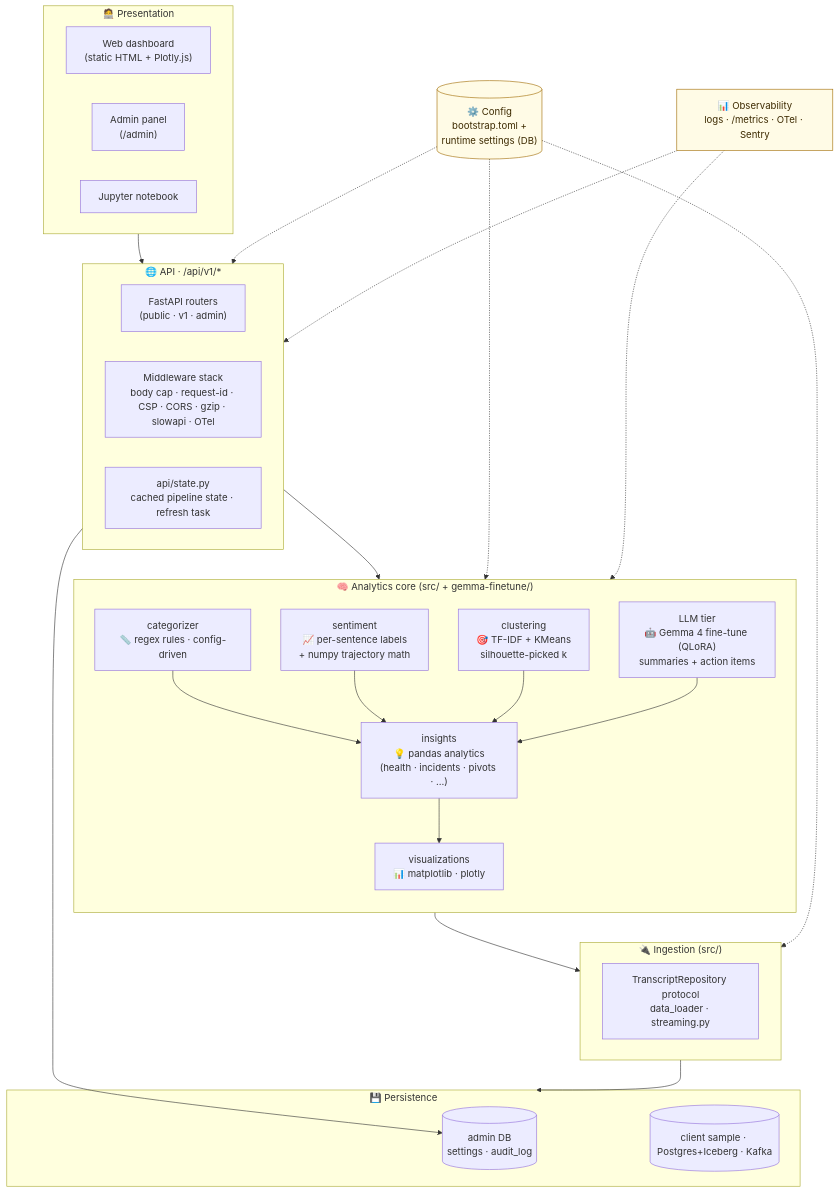
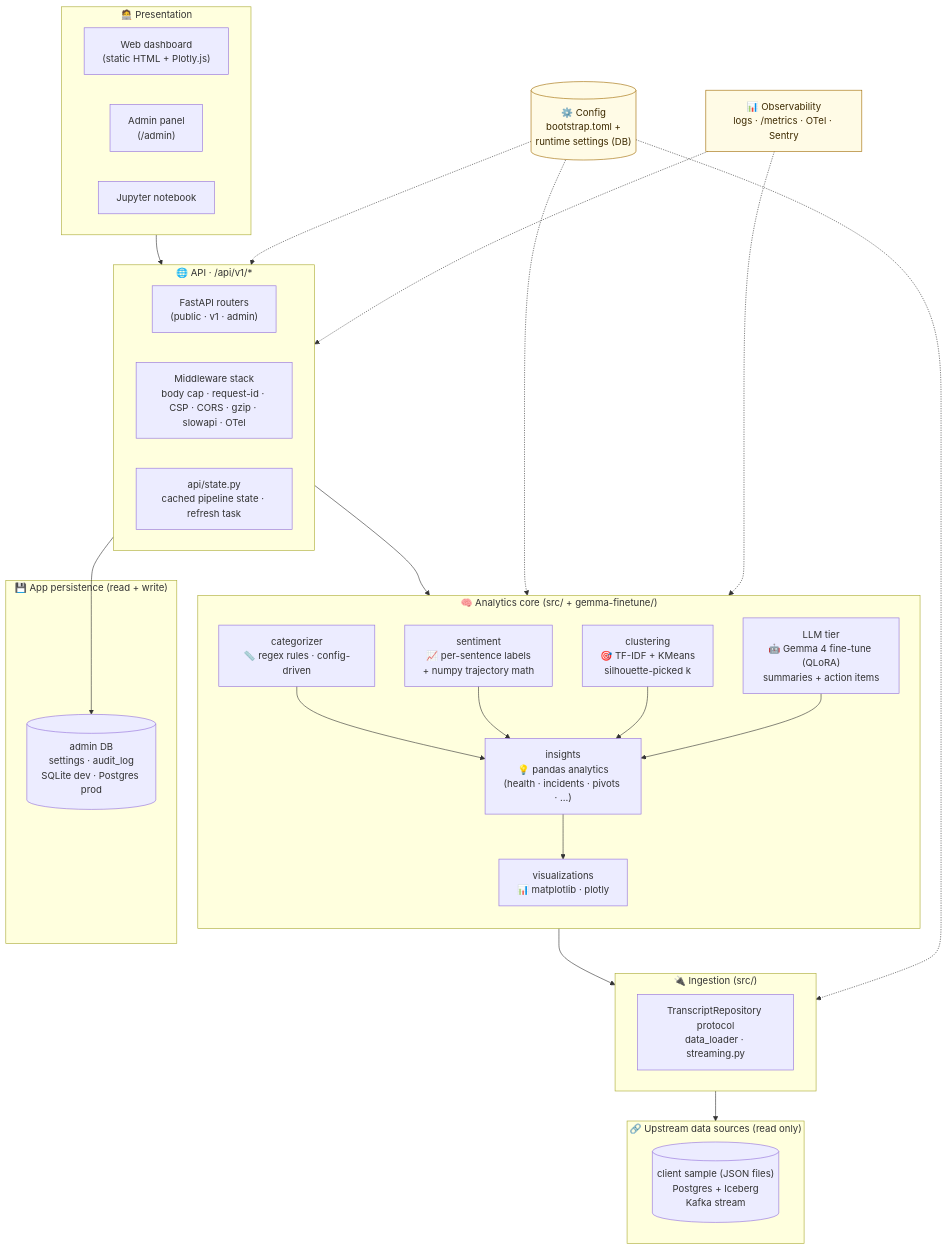
Before and after one commit to r2st/rubrik: the second of 18 diagrams in docs/ARCHITECTURE.md, drawn with Mermaid. The commit also changed other lines of this file and 1 other file, not shown here.

Commit message:
Docs: split upstream data sources from app persistence in layered + topology views
Earlier the Layered view bundled the transcript source (client sample /
Postgres+Iceberg / Kafka) into L1 "Persistence" alongside the admin DB,
which contradicted the System overview that correctly placed those as
upstream "Data sources." The app does not own those — it only reads
from them. The only thing this service persists is the admin DB
(settings + audit_log).

- Layered view: L1 is now "App persistence (read + write)" containing
  only the admin DB; the transcript sources moved to a separate
  "Upstream data sources (read only)" subgraph that the ingestion tier
  reaches into.
- Runtime topology: same split — "App persistence" (admin DB) and
  "Upstream data" (transcript source) are separate subgraphs.

````diff
--- a/docs/ARCHITECTURE.md
+++ b/docs/ARCHITECTURE.md
@@ -102,50 +102,52 @@
 ```mermaid
 flowchart TB
     subgraph L5["🧑‍💻 Presentation"]
         UI["Web dashboard<br/>(static HTML + Plotly.js)"]
         AdminUI["Admin panel<br/>(/admin)"]
         Notebook["Jupyter notebook"]
     end
     subgraph L4["🌐 API · /api/v1/*"]
         Routes["FastAPI routers<br/>(public · v1 · admin)"]
         MW["Middleware stack<br/>body cap · request-id · CSP · CORS · gzip · slowapi · OTel"]
         State["api/state.py<br/>cached pipeline state · refresh task"]
     end
     subgraph L3["🧠 Analytics core (src/ + gemma-finetune/)"]
         direction TB
         Rules["categorizer<br/>📏 regex rules · config-driven"]
         SentS["sentiment<br/>📈 per-sentence labels<br/>+ numpy trajectory math"]
         ML["clustering<br/>🎯 TF-IDF + KMeans<br/>silhouette-picked k"]
         LLM["LLM tier<br/>🤖 Gemma 4 fine-tune (QLoRA)<br/>summaries + action items"]
         InsightsB["insights<br/>💡 pandas analytics<br/>(health · incidents · pivots · …)"]
         VizB["visualizations<br/>📊 matplotlib · plotly"]
         Rules --> InsightsB
         SentS --> InsightsB
         ML --> InsightsB
         LLM --> InsightsB
         InsightsB --> VizB
     end
     subgraph L2["🔌 Ingestion (src/)"]
         IngestLayer["TranscriptRepository protocol<br/>data_loader · streaming.py"]
     end
-    subgraph L1["💾 Persistence"]
-        AdminDB[("admin DB<br/>settings · audit_log")]
-        DataSrc[("client sample · Postgres+Iceberg · Kafka")]
+    subgraph L1["💾 App persistence (read + write)"]
+        AdminDB[("admin DB<br/>settings · audit_log<br/>SQLite dev · Postgres prod")]
+    end
+    subgraph Ext["🔗 Upstream data sources (read only)"]
+        DataSrc[("client sample (JSON files)<br/>Postgres + Iceberg<br/>Kafka stream")]
     end
 
     L5 --> L4
     L4 --> L3
     L4 --> AdminDB
     L3 --> L2
-    L2 --> L1
+    L2 --> Ext
 
     Cfg2[("⚙️ Config<br/>bootstrap.toml +<br/>runtime settings (DB)")]:::cross
     Obs["📊 Observability<br/>logs · /metrics · OTel · Sentry"]:::cross
     Cfg2 -.-> L2
     Cfg2 -.-> L3
     Cfg2 -.-> L4
     Obs -.-> L3
     Obs -.-> L4
 
     classDef cross fill:#fffbe6,stroke:#a06b00,color:#3d2a00
 ```
````
